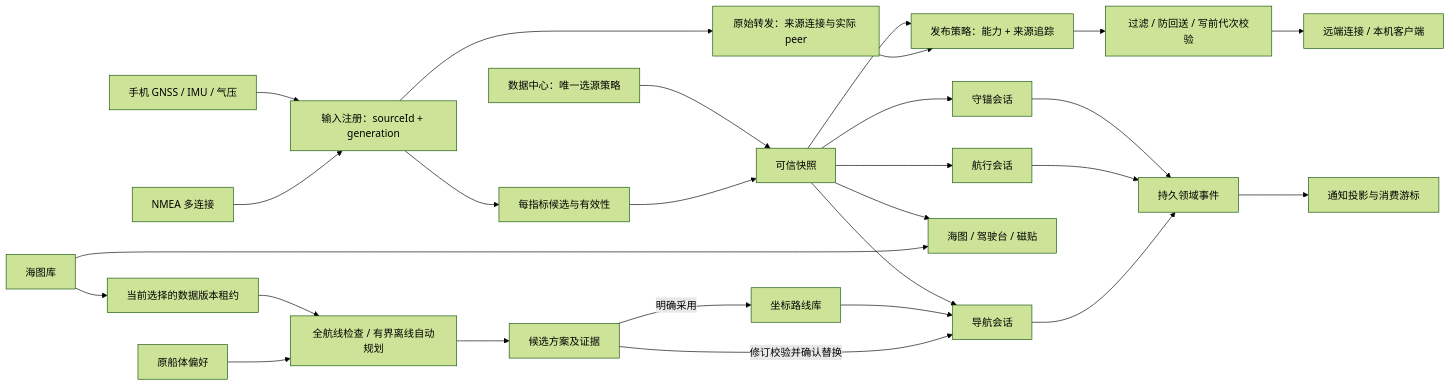
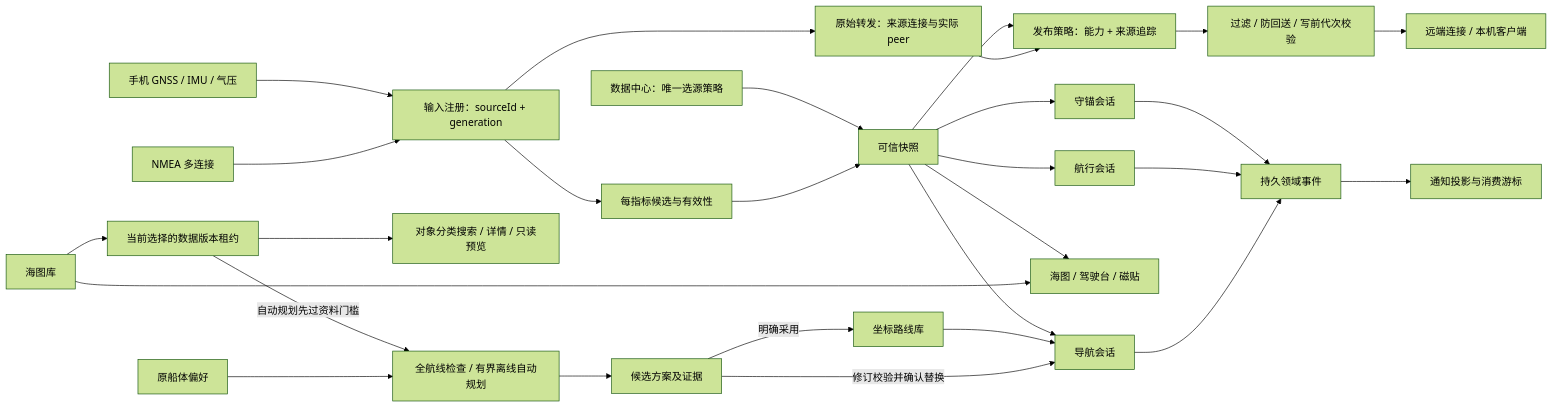
One commit to ohkuku/yokuli_marine_shell changed the diagram in docs/os/02-DOMAIN-AND-CONTRACTS.md. Above: the diagram before and after it, drawn with Mermaid (forest theme). The commit also changed other lines of this file and 28 other files, not shown here.

Commit message:
feat(charts): manage GeoPackage data and require evidence for auto routing

````diff
--- a/docs/os/02-DOMAIN-AND-CONTRACTS.md
+++ b/docs/os/02-DOMAIN-AND-CONTRACTS.md
@@ -28,29 +28,30 @@
 ```mermaid
 flowchart LR
     Phone[手机 GNSS / IMU / 气压] --> Input[输入注册：sourceId + generation]
     Nmea[NMEA 多连接] --> Input
     Input --> Candidates[每指标候选与有效性]
     Policy[数据中心：唯一选源策略] --> Accepted[可信快照]
     Candidates --> Accepted
     Accepted --> Anchor[守锚会话]
     Accepted --> Trip[航行会话]
     Accepted --> Nav[导航会话]
     Accepted --> Views[海图 / 驾驶台 / 磁贴]
     Accepted --> Pub[发布策略：能力 + 来源追踪]
     Input --> Raw[原始转发：来源连接与实际 peer]
     Raw --> Pub
     Pub --> Guard[过滤 / 防回送 / 写前代次校验]
     Guard --> Out[远端连接 / 本机客户端]
     Places[坐标路线库] --> Nav
     Charts[海图库] --> Views
     Charts --> Snapshot[当前选择的数据版本租约]
-    Snapshot --> Planner[全航线检查 / 有界离线自动规划]
+    Snapshot --> Browse[对象分类搜索 / 详情 / 只读预览]
+    Snapshot -->|自动规划先过资料门槛| Planner[全航线检查 / 有界离线自动规划]
     Vessel[原船体偏好] --> Planner
     Planner --> Candidate[候选方案及证据]
     Candidate -->|明确采用| Places
     Candidate -->|修订校验并确认替换| Nav
     Anchor --> Events[持久领域事件]
     Trip --> Events
     Nav --> Events
     Events --> Notices[通知投影与消费游标]
 ```
````
